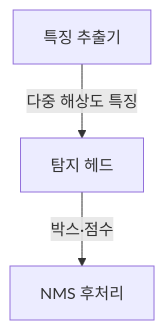
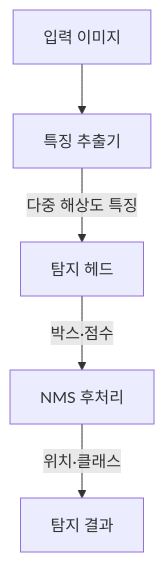
One commit to agnusdei1207/knowledge-base changed the first of 2 diagrams in src/content/docs/notes/01-basic-theory/055_object_detection.md. Above: the diagram before and after it, drawn with Mermaid. The commit also changed other lines of this file and 19 other files, not shown here.

````diff
--- a/src/content/docs/notes/01-basic-theory/055_object_detection.md
+++ b/src/content/docs/notes/01-basic-theory/055_object_detection.md
@@ -63,8 +64,10 @@
 ```mermaid
 flowchart TB
     F[특징 추출기]
     H[탐지 헤드]
     N[NMS 후처리]
+    I[입력 이미지] --> F
     F -->|다중 해상도 특징| H
     H -->|박스·점수| N
+    N -->|위치·클래스| O[탐지 결과]
 ```
````
